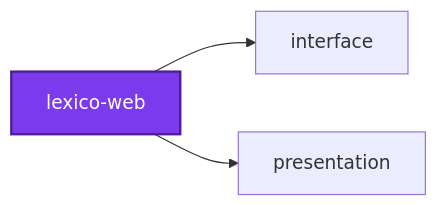
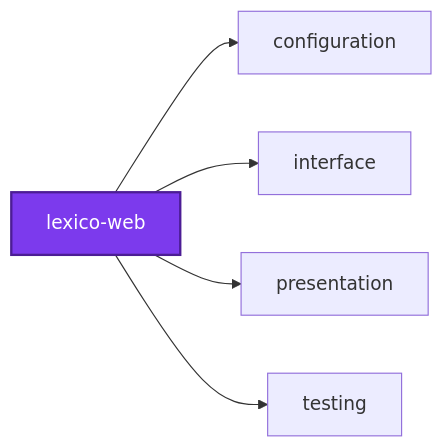
One commit to organizzolini/codebase changed the first of 2 diagrams in projects/lexico/lexico-web/README.md. Above: the diagram before and after it, drawn with Mermaid. The commit also changed 80 other files, not shown here.

````diff
--- a/projects/lexico/lexico-web/README.md
+++ b/projects/lexico/lexico-web/README.md
@@ -382,10 +382,14 @@
 ```mermaid
 graph LR
+  configuration["configuration"]
   interface["interface"]
   lexico_web["lexico-web"]
   presentation["presentation"]
+  testing["testing"]
+  lexico_web --> configuration
   lexico_web --> interface
   lexico_web --> presentation
+  lexico_web --> testing
   classDef subject fill:#7c3aed,color:#fff,stroke:#4c1d95,stroke-width:2px
   class lexico_web subject
 ```
````
